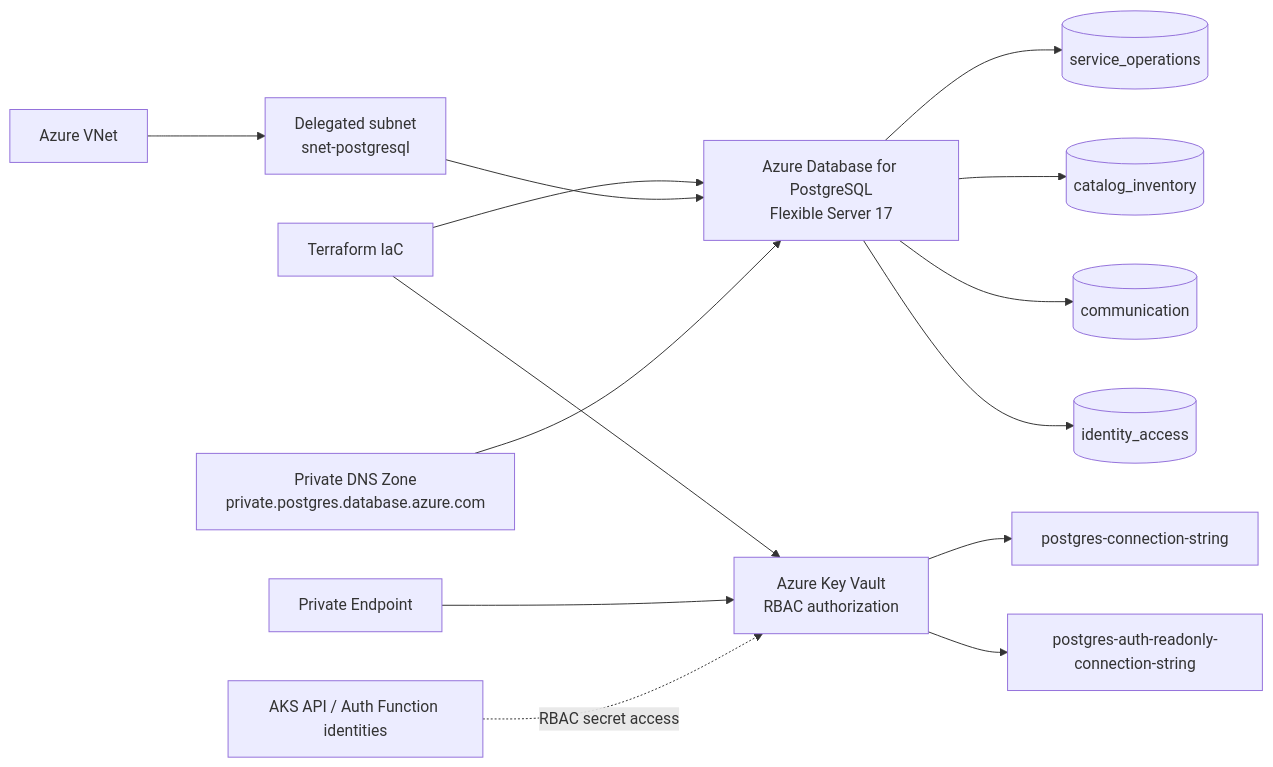
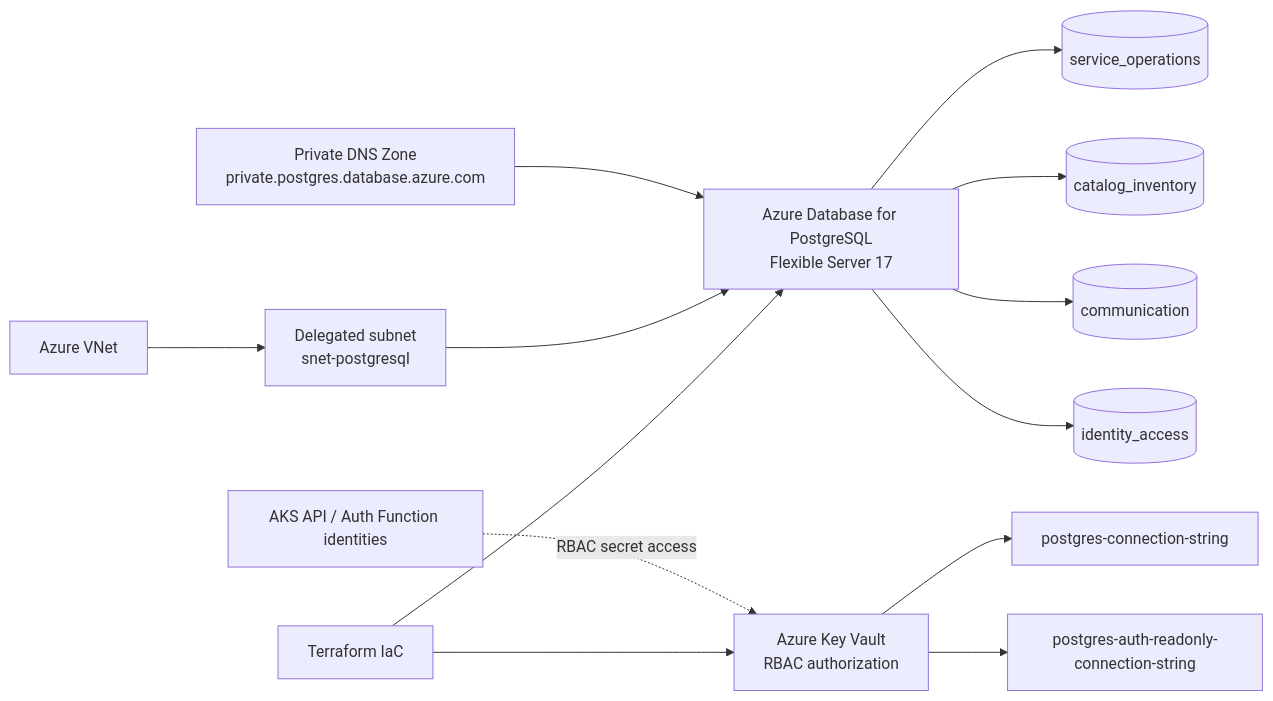
One commit to RiseOn-CatCar/catcar-database-infra changed the diagram in README.md. Above: the diagram before and after it, drawn with Mermaid. The commit also changed other lines of this file and 1 other file, not shown here.

First line of the commit message:
chore(infra): drop the Key Vault private endpoint for the academic cost profile

````diff
--- a/README.md
+++ b/README.md
@@ -20,18 +20,17 @@
 ```mermaid
 flowchart LR
     TF[Terraform IaC] --> PG[Azure Database for PostgreSQL<br/>Flexible Server 17]
     VNet[Azure VNet] --> Subnet[Delegated subnet<br/>snet-postgresql]
     Subnet --> PG
     DNS[Private DNS Zone<br/>private.postgres.database.azure.com] --> PG
 
     PG --> SO[(service_operations)]
     PG --> CI[(catalog_inventory)]
     PG --> CO[(communication)]
     PG --> IA[(identity_access)]
 
     TF --> KV[Azure Key Vault<br/>RBAC authorization]
-    PE[Private Endpoint] --> KV
     KV --> Secret1[postgres-connection-string]
     KV --> Secret2[postgres-auth-readonly-connection-string]
     App[AKS API / Auth Function identities] -.RBAC secret access.-> KV
 ```
````
